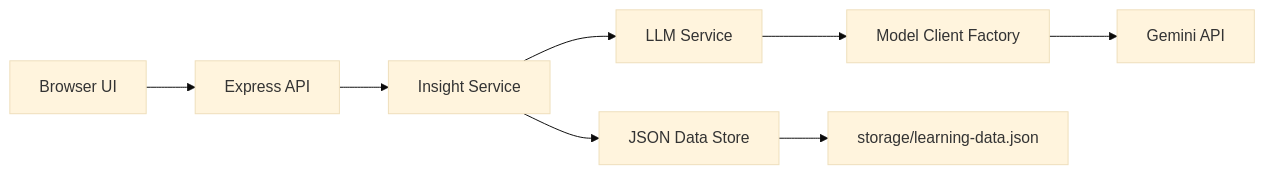
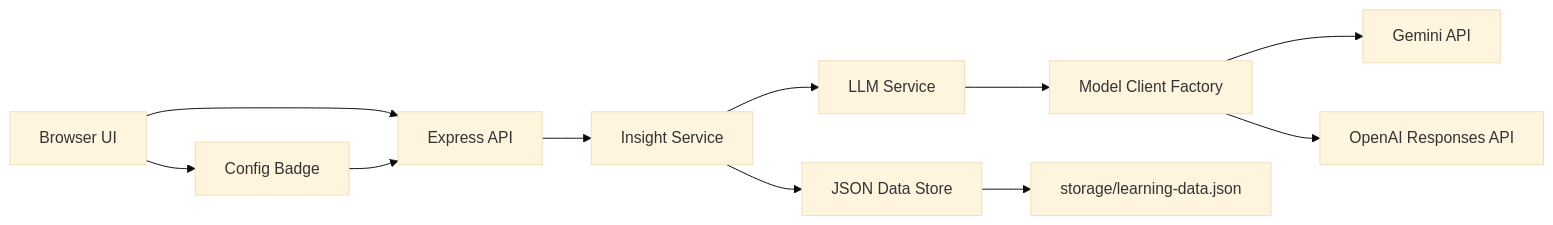
One commit to haiphamthanh/utils_ai_advisor changed the diagram in docs/architecture-report.md. Above: the diagram before and after it, drawn with Mermaid (base theme). The commit also changed other lines of this file and 21 other files, not shown here.

````diff
--- a/docs/architecture-report.md
+++ b/docs/architecture-report.md
@@ -17,10 +17,13 @@
 ```mermaid
 flowchart LR
 UI[Browser UI] --> API[Express API]
+UI --> CFG[Config Badge]
 API --> IS[Insight Service]
 IS --> LLM[LLM Service]
 LLM --> MC[Model Client Factory]
 IS --> DS[JSON Data Store]
 MC --> GEM[Gemini API]
+MC --> OAI[OpenAI Responses API]
+CFG --> API
 DS --> FILE[storage/learning-data.json]
 ```
````
